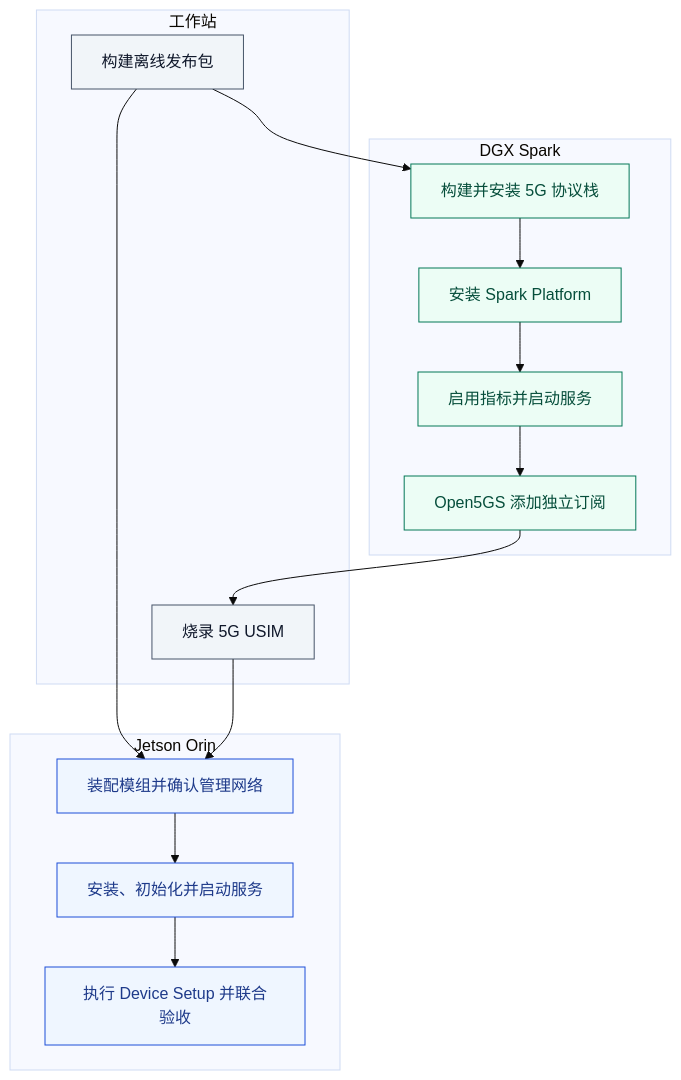
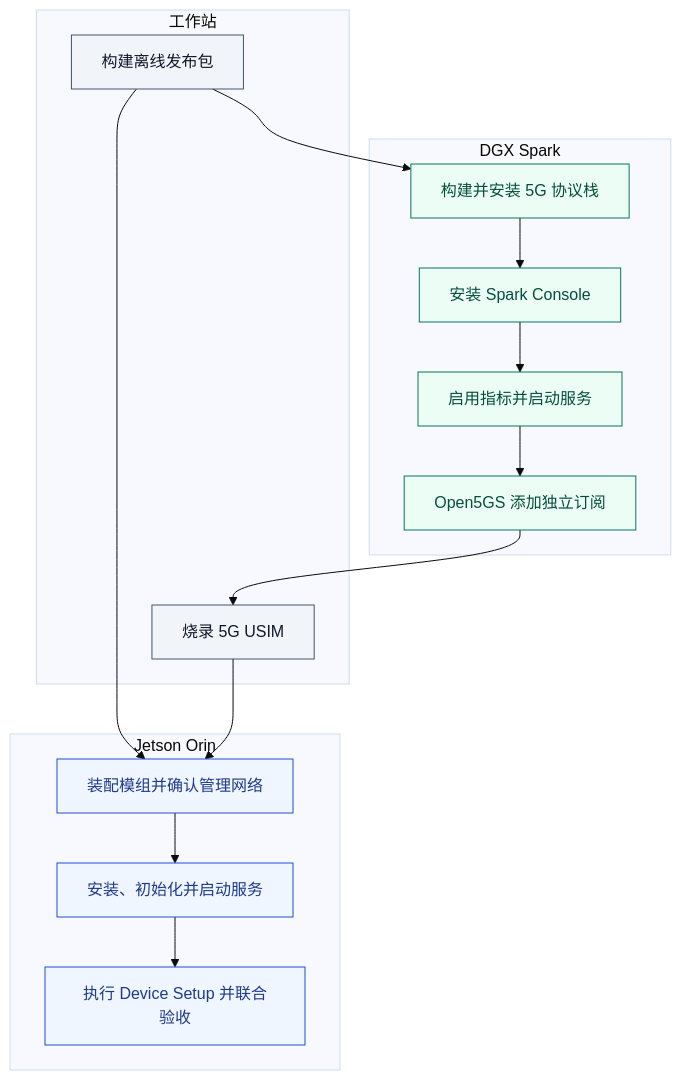
One commit to HKUOpenSource/OpenAirKit changed the diagram in docs/quickstart.zh-CN.md. Above: the diagram before and after it, drawn with Mermaid (base theme). The commit also changed other lines of this file and 29 other files, not shown here.

Commit message:
docs: unify base-station console naming to Spark Console

````diff
--- a/docs/quickstart.zh-CN.md
+++ b/docs/quickstart.zh-CN.md
@@ -10,31 +10,31 @@
 ```mermaid
 flowchart TD
   classDef ws fill:#f1f5f9,stroke:#475569,color:#0f172a
   classDef spark fill:#ecfdf5,stroke:#047857,color:#064e3b
   classDef jetson fill:#eff6ff,stroke:#1d4ed8,color:#1e3a8a
 
   subgraph WS["工作站"]
     S0["构建离线发布包"]:::ws
     S2B["烧录 5G USIM"]:::ws
   end
 
   subgraph SPARK["DGX Spark"]
     S1A["构建并安装 5G 协议栈"]:::spark
-    S1B["安装 Spark Platform"]:::spark
+    S1B["安装 Spark Console"]:::spark
     S1C["启用指标并启动服务"]:::spark
     S2A["Open5GS 添加独立订阅"]:::spark
     S1A --> S1B --> S1C --> S2A
   end
 
   subgraph JETSON["Jetson Orin"]
     S3A["装配模组并确认管理网络"]:::jetson
     S3B["安装、初始化并启动服务"]:::jetson
     S4["执行 Device Setup 并联合验收"]:::jetson
     S3A --> S3B --> S4
   end
 
   S0 --> S1A
   S0 --> S3A
   S2A --> S2B
   S2B --> S3A
 ```
````
